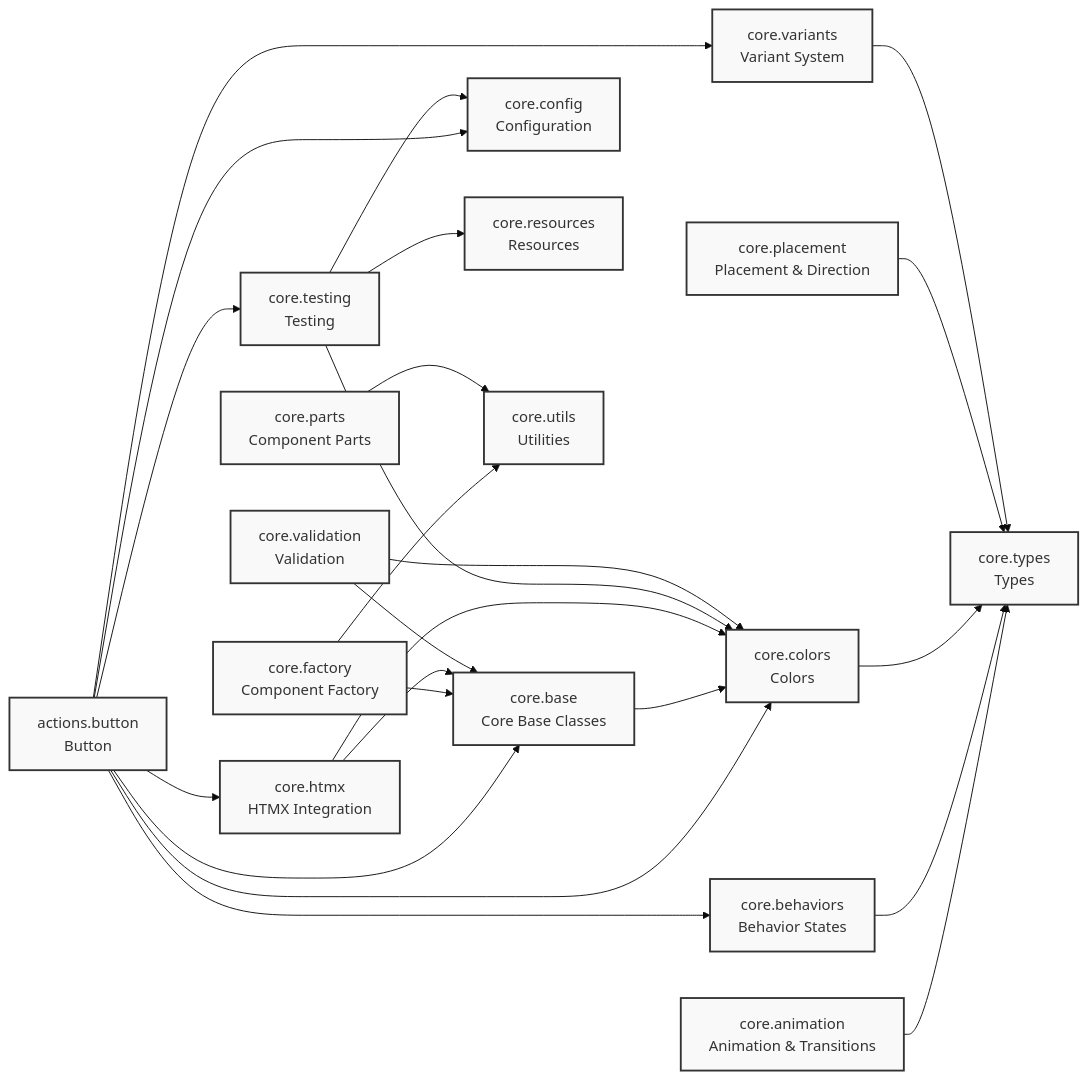
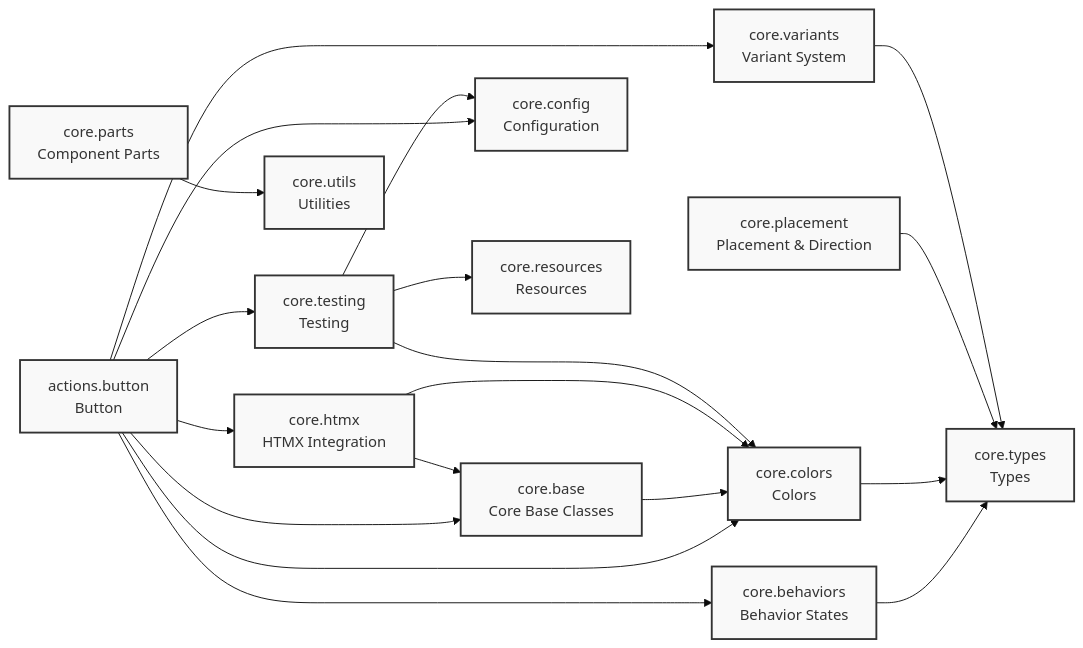
The diagram in README.md (cj-mills/cjm-fasthtml-daisyui), drawn with Mermaid (base theme) before and after one commit. The commit also changed other lines of this file and 16 other files, not shown here.

````diff
--- a/README.md
+++ b/README.md
@@ -48,45 +45,37 @@
 ``` mermaid
 graph LR
     actions_button[actions.button<br/>Button]
-    core_animation[core.animation<br/>Animation & Transitions]
     core_base[core.base<br/>Core Base Classes]
     core_behaviors[core.behaviors<br/>Behavior States]
     core_colors[core.colors<br/>Colors]
     core_config[core.config<br/>Configuration]
-    core_factory[core.factory<br/>Component Factory]
     core_htmx[core.htmx<br/>HTMX Integration]
     core_parts[core.parts<br/>Component Parts]
     core_placement[core.placement<br/>Placement & Direction]
     core_resources[core.resources<br/>Resources]
     core_testing[core.testing<br/>Testing]
     core_types[core.types<br/>Types]
     core_utils[core.utils<br/>Utilities]
-    core_validation[core.validation<br/>Validation]
     core_variants[core.variants<br/>Variant System]
 
+    actions_button --> core_testing
+    actions_button --> core_behaviors
     actions_button --> core_htmx
     actions_button --> core_variants
     actions_button --> core_colors
+    actions_button --> core_base
     actions_button --> core_config
-    actions_button --> core_base
-    actions_button --> core_behaviors
-    actions_button --> core_testing
-    core_animation --> core_types
     core_base --> core_colors
     core_behaviors --> core_types
     core_colors --> core_types
-    core_factory --> core_base
-    core_factory --> core_utils
+    core_htmx --> core_colors
     core_htmx --> core_base
-    core_htmx --> core_colors
     core_parts --> core_utils
     core_placement --> core_types
+    core_testing --> core_config
     core_testing --> core_colors
-    core_testing --> core_config
     core_testing --> core_resources
-    core_validation --> core_base
-    core_validation --> core_colors
     core_variants --> core_types
 
     classDef default fill:#f9f9f9,stroke:#333,stroke-width:2px
 ```
````
